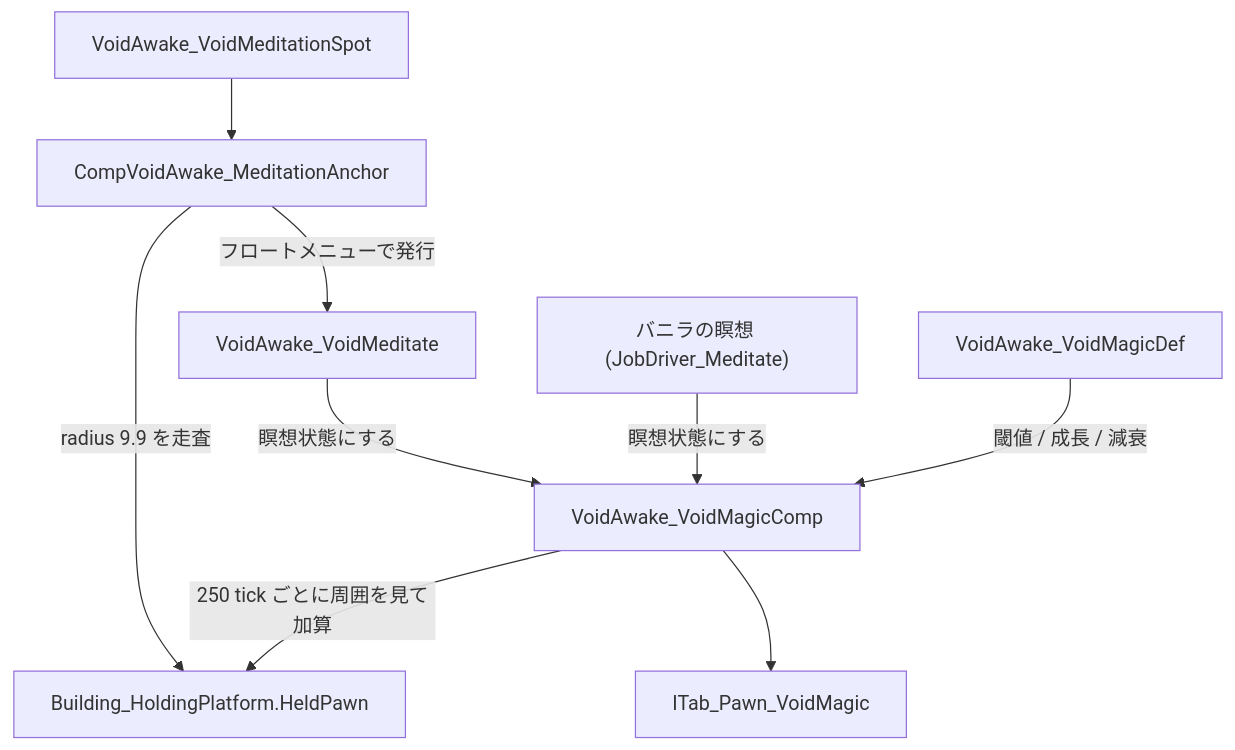
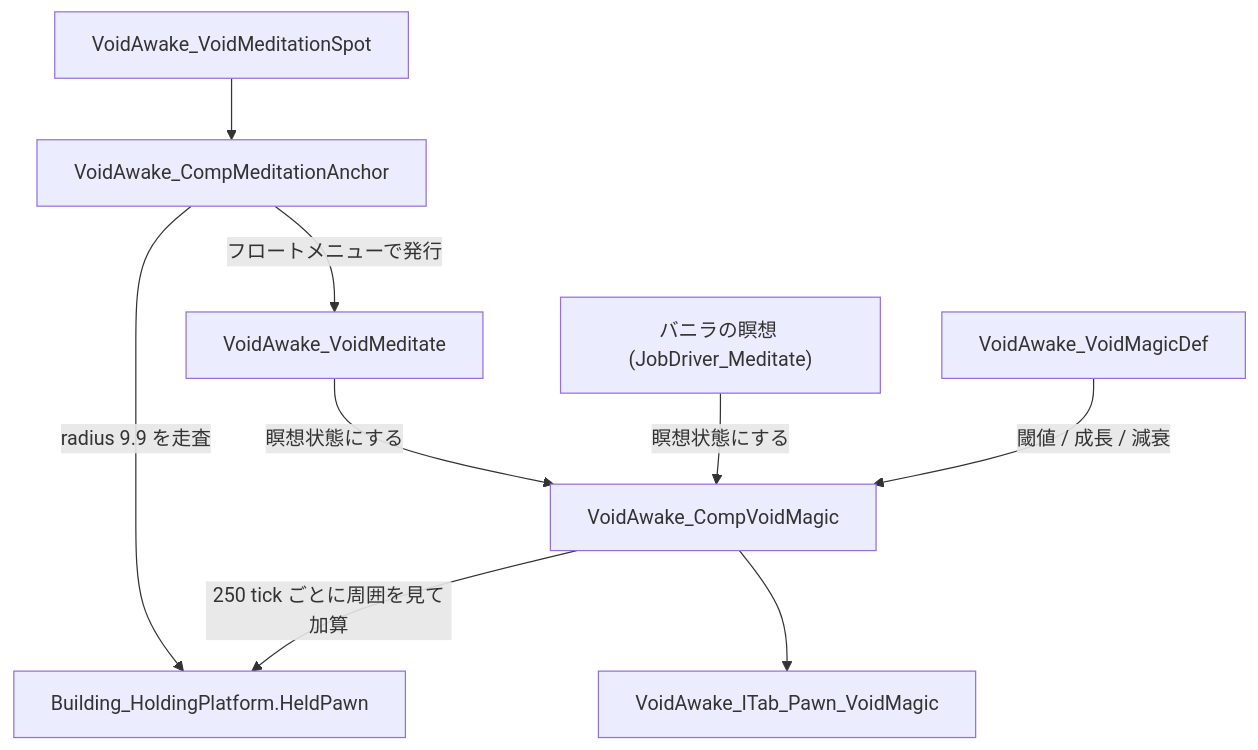
The first of 2 diagrams in Docs/VoidMagic.md (WlLL1204/VoidAwake), drawn with Mermaid before and after one commit. The commit also changed other lines of this file and 354 other files, not shown here.

````diff
--- a/Docs/VoidMagic.md
+++ b/Docs/VoidMagic.md
@@ -14,19 +14,19 @@
 ```mermaid
 flowchart TB
   Spot[VoidAwake_VoidMeditationSpot]
-  Anchor[CompVoidAwake_MeditationAnchor]
+  Anchor[VoidAwake_CompMeditationAnchor]
   Platform[Building_HoldingPlatform.HeldPawn]
   Job[VoidAwake_VoidMeditate]
-  PawnComp[VoidAwake_VoidMagicComp]
+  PawnComp[VoidAwake_CompVoidMagic]
   MagicDef[VoidAwake_VoidMagicDef]
-  Tab[ITab_Pawn_VoidMagic]
+  Tab[VoidAwake_ITab_Pawn_VoidMagic]
 
   Spot --> Anchor
   Anchor -->|"radius 9.9 を走査"| Platform
   Anchor -->|"フロートメニューで発行"| Job
   Job -->|"瞑想状態にする"| PawnComp
   Vanilla["バニラの瞑想 (JobDriver_Meditate)"] -->|"瞑想状態にする"| PawnComp
   PawnComp -->|"250 tick ごとに周囲を見て加算"| Platform
   MagicDef -->|"閾値 / 成長 / 減衰"| PawnComp
   PawnComp --> Tab
 ```
````
